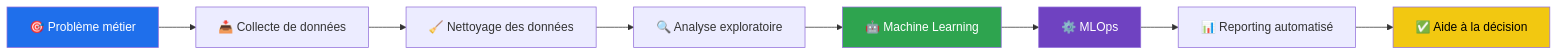
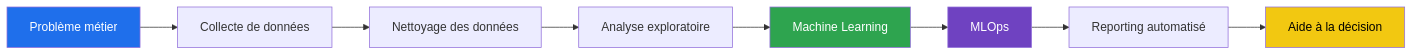
The first of 4 diagrams in README.md (bileisaac/bileisaac), drawn with Mermaid before and after one commit. The commit also changed other lines of this file, not shown here.

````diff
--- a/README.md
+++ b/README.md
@@ -39,15 +43,15 @@
 ```mermaid
 flowchart LR
-    A[🎯 Problème métier] --> B[📥 Collecte de données]
-    B --> C[🧹 Nettoyage des données]
-    C --> D[🔍 Analyse exploratoire]
-    D --> E[🤖 Machine Learning]
-    E --> F[⚙️ MLOps]
-    F --> G[📊 Reporting automatisé]
-    G --> H[✅ Aide à la décision]
+    A[Problème métier] --> B[Collecte de données]
+    B --> C[Nettoyage des données]
+    C --> D[Analyse exploratoire]
+    D --> E[Machine Learning]
+    E --> F[MLOps]
+    F --> G[Reporting automatisé]
+    G --> H[Aide à la décision]
 
     style A fill:#1f6feb,color:#fff
     style E fill:#2ea44f,color:#fff
     style F fill:#6f42c1,color:#fff
     style H fill:#f2c811,color:#000
 ```
````
